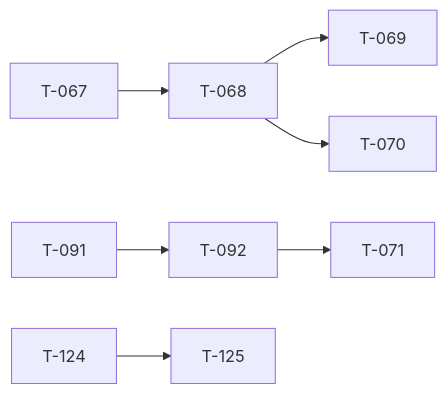
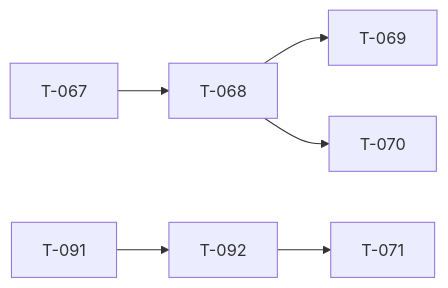
One commit to darkforce09/TBD-reforger changed the diagram in docs/TICKET_LEAD.md. Above: the diagram before and after it, drawn with Mermaid. The commit also changed other lines of this file and 12 other files, not shown here.

````diff
--- a/docs/TICKET_LEAD.md
+++ b/docs/TICKET_LEAD.md
@@ -31,9 +30,8 @@
 ```mermaid
 flowchart LR
   T067[T-067] --> T068[T-068]
   T068[T-068] --> T069[T-069]
   T068[T-068] --> T070[T-070]
   T092[T-092] --> T071[T-071]
   T091[T-091] --> T092[T-092]
-  T124[T-124] --> T125[T-125]
 ```
````
